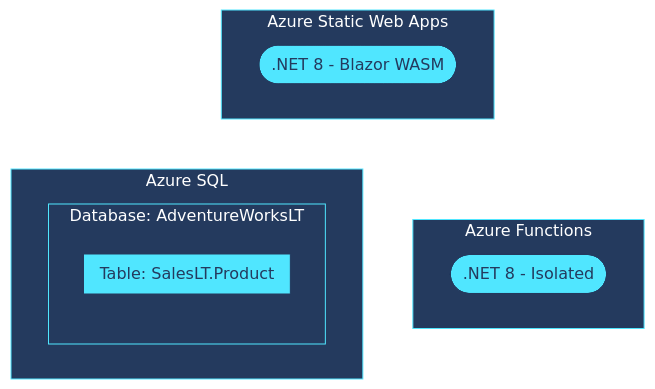
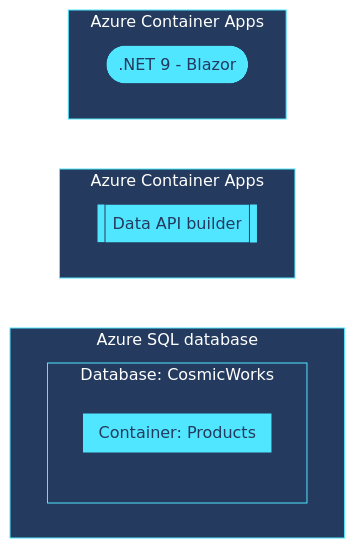
Before and after one commit to Azure-Samples/dab-azure-sql-quickstart: the diagram in readme.md, drawn with Mermaid. The commit also changed other lines of this file and 2 other files, not shown here.

````diff
--- a/readme.md
+++ b/readme.md
@@ -125,18 +79,18 @@
 ```mermaid
 %%{ init: { 'theme': 'base', 'themeVariables': { 'background': '#243A5E', 'primaryColor': '#50E6FF', 'primaryBorderColor': '#243A5E', 'tertiaryBorderColor': '#50E6FF', 'tertiaryColor': '#243A5E', 'fontFamily': 'Segoe UI', 'lineColor': '#FFFFFF', 'primaryTextColor': '#243A5E', 'tertiaryTextColor': '#FFFFFF' } }}%%
 flowchart TB
-    subgraph web-app[Azure Static Web Apps]
-        app-framework([.NET 8 - Blazor WASM])
+    subgraph web-app[Azure Container Apps]
+        app-framework([.NET 9 - Blazor])
     end
-    subgraph azure-func[Azure Functions]
-        func-framework([.NET 8 - Isolated])
+    subgraph data-api-builder[Azure Container Apps]
+        api-framework[[Data API builder]]
     end
-    subgraph azure-sql[Azure SQL]
-        subgraph database-adventureworkslt[Database: AdventureWorksLT]
-            subgraph table-product[Table: SalesLT.Product]
+    subgraph azure-sql[Azure SQL database]
+        subgraph database-cosmicworks[Database: CosmicWorks]
+            subgraph container-products[Container: Products]
             end
         end
     end
-    web-app --> azure-sql
-    web-app --> azure-func
+    web-app --> data-api-builder
+    data-api-builder --> azure-sql
 ```
````
